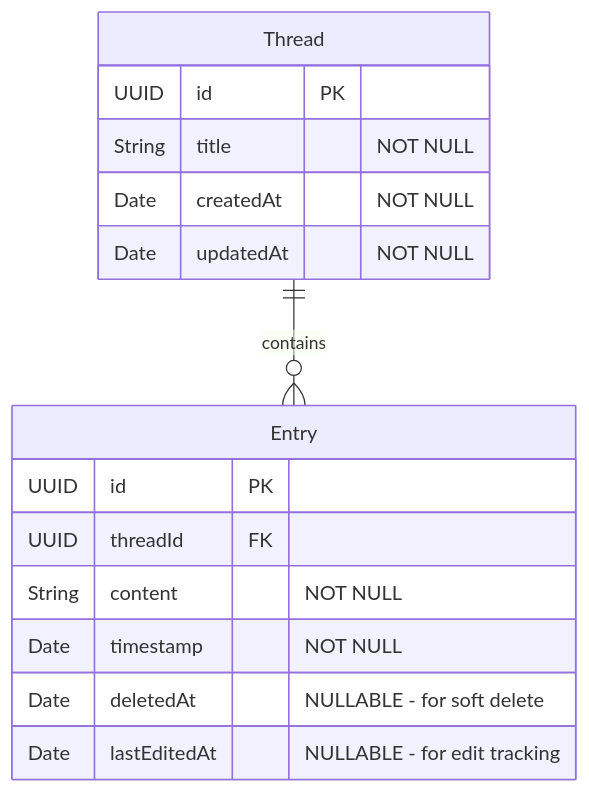
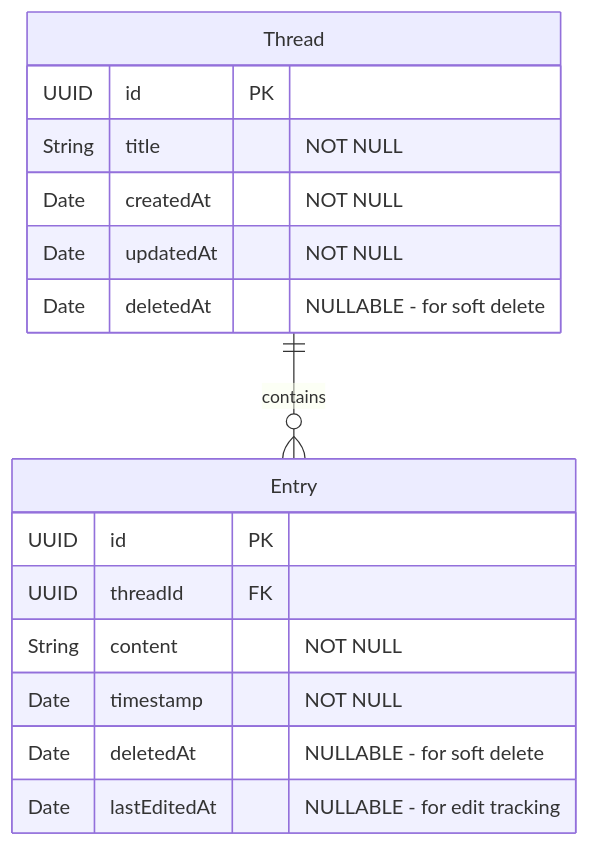
Before and after one commit to ericzhou129/ThreadJournal2: the second of 11 diagrams in Engineering/Technical-Implementation-Plan.md, drawn with Mermaid. The commit also changed other lines of this file and 19 other files, not shown here.

First line of the commit message:
feat: Implement thread soft delete foundation (TICKETS 001-004)

````diff
--- a/Engineering/Technical-Implementation-Plan.md
+++ b/Engineering/Technical-Implementation-Plan.md
@@ -63,20 +65,21 @@
 ```mermaid
 erDiagram
     Thread {
         UUID id PK
         String title "NOT NULL"
         Date createdAt "NOT NULL"
         Date updatedAt "NOT NULL"
+        Date deletedAt "NULLABLE - for soft delete"
     }
     
     Entry {
         UUID id PK
         UUID threadId FK
         String content "NOT NULL"
         Date timestamp "NOT NULL"
         Date deletedAt "NULLABLE - for soft delete"
         Date lastEditedAt "NULLABLE - for edit tracking"
     }
     
     Thread ||--o{ Entry : contains
 ```
````
